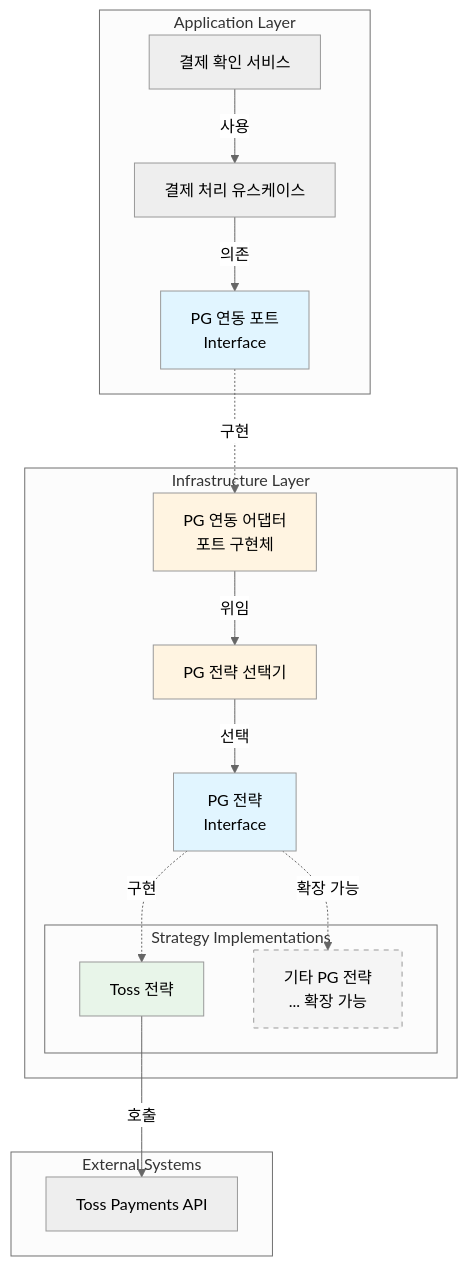
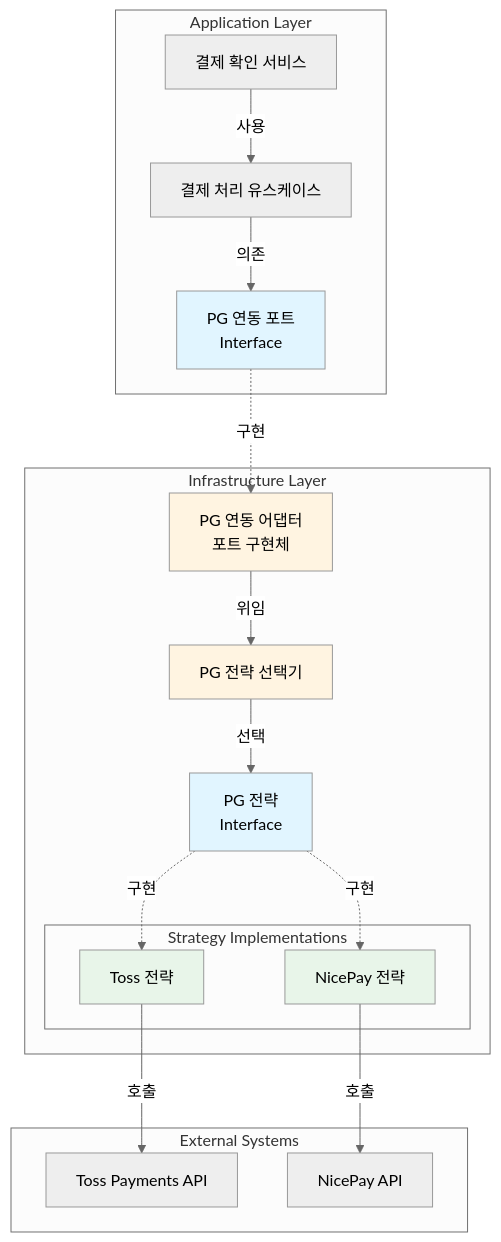
Before and after one commit to hyoguoo/payment-platform: the fourth of 5 diagrams in README.md, drawn with Mermaid (neutral theme). The commit also changed other lines of this file, not shown here.

Commit message:
docs: README 멀티 PG 연동 반영 — NicePay 전략 추가, 다이어그램·시크릿·URL 갱신

````diff
--- a/README.md
+++ b/README.md
@@ -160,38 +161,40 @@
 ```mermaid
 graph TB
     subgraph "Application Layer"
         Service[결제 확인 서비스]
         UseCase[결제 처리 유스케이스]
         Port[PG 연동 포트<br/>Interface]
     end
 
     subgraph "Infrastructure Layer"
         Adapter[PG 연동 어댑터<br/>포트 구현체]
         Factory[PG 전략 선택기]
         Strategy[PG 전략<br/>Interface]
 
         subgraph "Strategy Implementations"
             Toss[Toss 전략]
-            Future[기타 PG 전략<br/>... 확장 가능]
+            Nicepay[NicePay 전략]
         end
     end
 
     subgraph "External Systems"
         TossAPI[Toss Payments API]
+        NicepayAPI[NicePay API]
     end
 
     Service -->|사용| UseCase
     UseCase -->|의존| Port
     Port -.->|구현| Adapter
     Adapter -->|위임| Factory
     Factory -->|선택| Strategy
     Strategy -.->|구현| Toss
-    Strategy -.->|확장 가능| Future
+    Strategy -.->|구현| Nicepay
     Toss -->|호출| TossAPI
+    Nicepay -->|호출| NicepayAPI
     style Port fill: #e1f5ff, color: #000
     style Strategy fill: #e1f5ff, color: #000
     style Adapter fill: #fff4e1, color: #000
     style Factory fill: #fff4e1, color: #000
     style Toss fill: #e8f5e9, color: #000
-    style Future fill: #f5f5f5, stroke-dasharray: 5 5, color: #000
+    style Nicepay fill: #e8f5e9, color: #000
 ```
````
